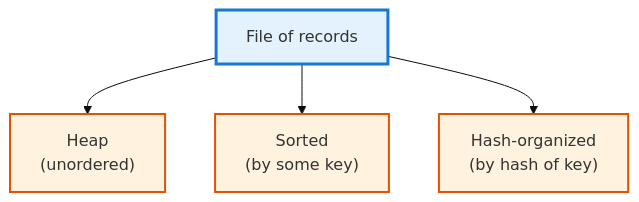
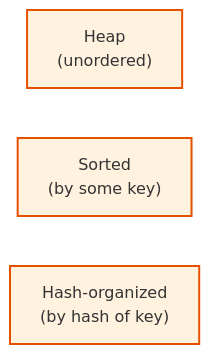
Before and after one commit to ufdatastudio/cop5725fa26: the sixth of 6 diagrams in lecture-outlines/day21-storage-hierarchy/slides.md, drawn with Mermaid (base theme). The commit also changed other lines of this file and 50 other files, not shown here.

````diff
--- a/lecture-outlines/day21-storage-hierarchy/slides.md
+++ b/lecture-outlines/day21-storage-hierarchy/slides.md
@@ -367,11 +341,8 @@
 ```mermaid
-graph TB
-  F["File of records"]
-  F --> H["Heap<br/>(unordered)"]
-  F --> S["Sorted<br/>(by some key)"]
-  F --> Ha["Hash-organized<br/>(by hash of key)"]
-  classDef root fill:#e3f2fd,stroke:#1976d2,stroke-width:3px
+graph LR
+  H["Heap<br/>(unordered)"]
+  S["Sorted<br/>(by some key)"]
+  Ha["Hash-organized<br/>(by hash of key)"]
   classDef opt fill:#fff3e0,stroke:#e65100,stroke-width:2px
-  class F root
   class H,S,Ha opt
 ```
````
